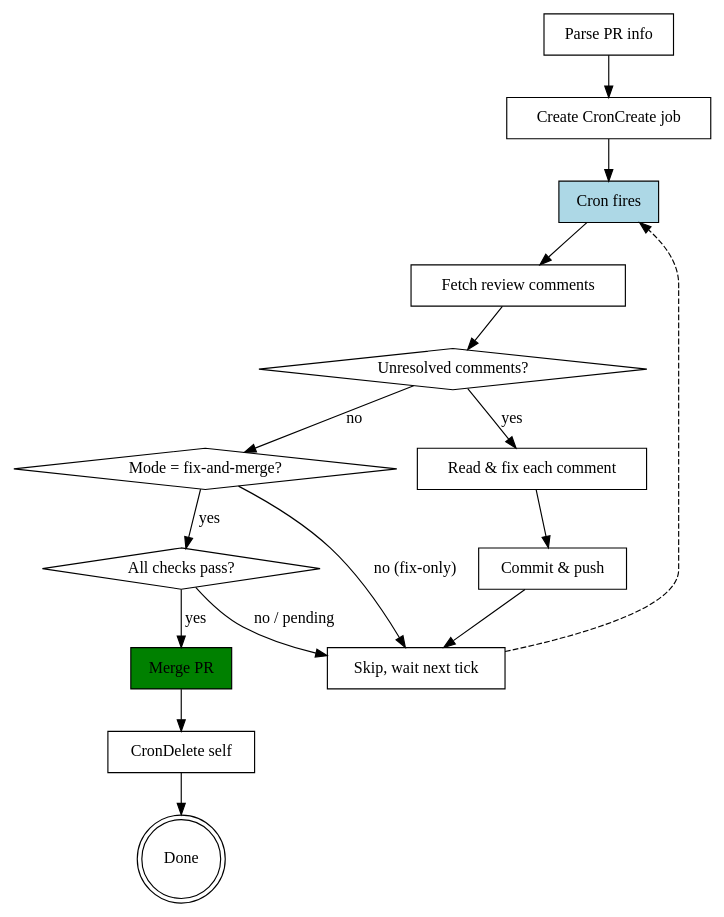
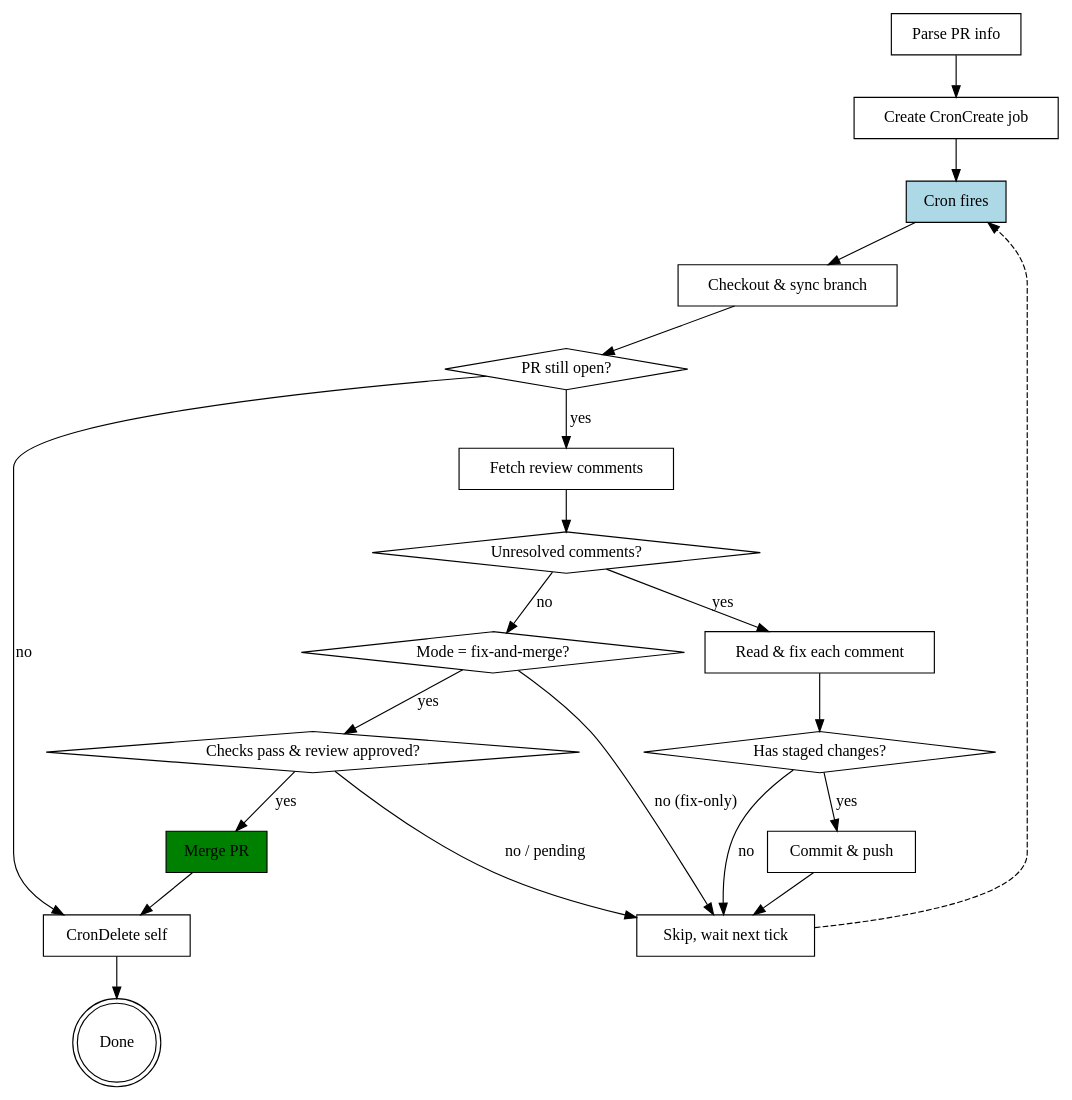
One commit to Miss-you/yousa-skills changed the diagram in skills/pr-review-autofix/SKILL.md. Above: the diagram before and after it, drawn with Graphviz. The commit also changed other lines of this file, not shown here.

First line of the commit message:
fix: address AI code review feedback on pr-review-autofix

````diff
--- a/skills/pr-review-autofix/SKILL.md
+++ b/skills/pr-review-autofix/SKILL.md
@@ -33,34 +33,42 @@
 ```dot
 digraph pr_autofix {
     rankdir=TB;
     "Parse PR info" [shape=box];
     "Create CronCreate job" [shape=box];
     "Cron fires" [shape=box, style=filled, fillcolor=lightblue];
+    "Checkout & sync branch" [shape=box];
+    "PR still open?" [shape=diamond];
+    "CronDelete self" [shape=box];
     "Fetch review comments" [shape=box];
     "Unresolved comments?" [shape=diamond];
     "Read & fix each comment" [shape=box];
+    "Has staged changes?" [shape=diamond];
     "Commit & push" [shape=box];
     "Mode = fix-and-merge?" [shape=diamond];
-    "All checks pass?" [shape=diamond];
+    "Checks pass & review approved?" [shape=diamond];
     "Merge PR" [shape=box, style=filled, fillcolor=green];
-    "CronDelete self" [shape=box];
     "Skip, wait next tick" [shape=box];
     "Done" [shape=doublecircle];
 
     "Parse PR info" -> "Create CronCreate job";
     "Create CronCreate job" -> "Cron fires";
-    "Cron fires" -> "Fetch review comments";
+    "Cron fires" -> "Checkout & sync branch";
+    "Checkout & sync branch" -> "PR still open?";
+    "PR still open?" -> "Fetch review comments" [label="yes"];
+    "PR still open?" -> "CronDelete self" [label="no"];
+    "CronDelete self" -> "Done";
     "Fetch review comments" -> "Unresolved comments?";
     "Unresolved comments?" -> "Read & fix each comment" [label="yes"];
-    "Read & fix each comment" -> "Commit & push";
+    "Read & fix each comment" -> "Has staged changes?";
+    "Has staged changes?" -> "Commit & push" [label="yes"];
+    "Has staged changes?" -> "Skip, wait next tick" [label="no"];
     "Commit & push" -> "Skip, wait next tick";
     "Unresolved comments?" -> "Mode = fix-and-merge?" [label="no"];
-    "Mode = fix-and-merge?" -> "All checks pass?" [label="yes"];
+    "Mode = fix-and-merge?" -> "Checks pass & review approved?" [label="yes"];
     "Mode = fix-and-merge?" -> "Skip, wait next tick" [label="no (fix-only)"];
-    "All checks pass?" -> "Merge PR" [label="yes"];
-    "All checks pass?" -> "Skip, wait next tick" [label="no / pending"];
+    "Checks pass & review approved?" -> "Merge PR" [label="yes"];
+    "Checks pass & review approved?" -> "Skip, wait next tick" [label="no / pending"];
     "Merge PR" -> "CronDelete self";
-    "CronDelete self" -> "Done";
     "Skip, wait next tick" -> "Cron fires" [style=dashed];
 }
 ```
````
